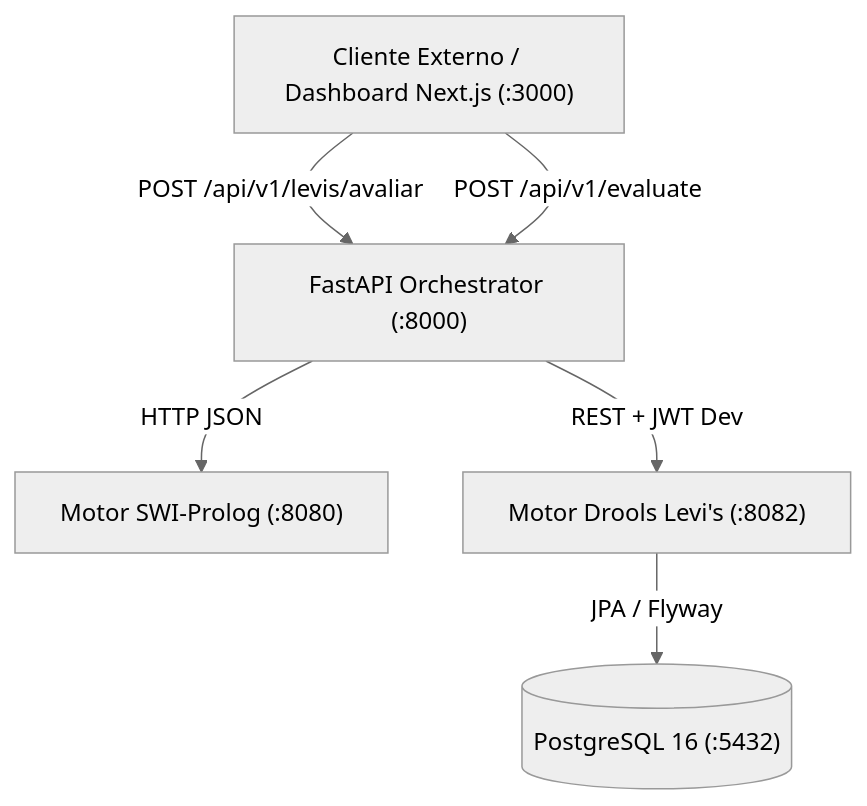
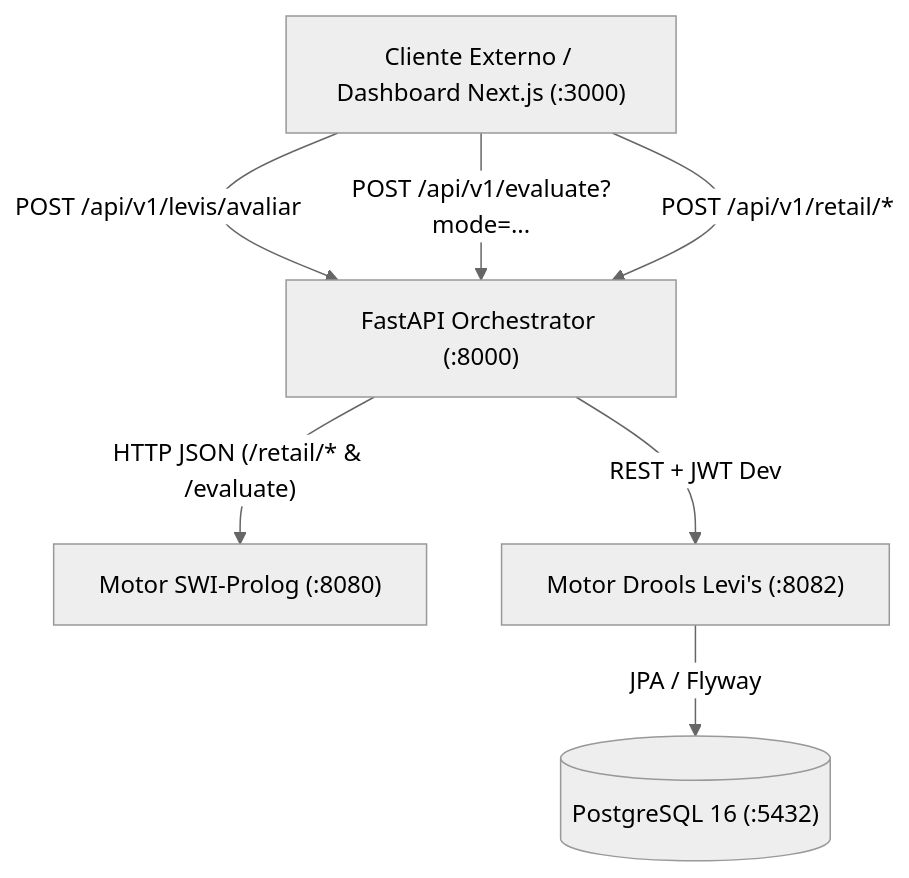
Before and after one commit to Alvaro1940052/meia-equipa3-challenge1-26_27: the diagram in docs/api/orchestrator_api_v1.md, drawn with Mermaid (neutral theme). The commit also changed other lines of this file and 46 other files, not shown here.

Commit message:
feat: add retail prolog inference engine and backend orchestration support

````diff
--- a/docs/api/orchestrator_api_v1.md
+++ b/docs/api/orchestrator_api_v1.md
@@ -12,15 +12,16 @@
 ```mermaid
 flowchart TD
     Client["Cliente Externo / Dashboard Next.js (:3000)"]
     Orch["FastAPI Orchestrator (:8000)"]
     Prolog["Motor SWI-Prolog (:8080)"]
     Drools["Motor Drools Levi's (:8082)"]
     Postgres[("PostgreSQL 16 (:5432)")]
 
-    Client -->|POST /api/v1/levis/avaliar| Orch
-    Client -->|POST /api/v1/evaluate| Orch
+    Client -->|"POST /api/v1/levis/avaliar"| Orch
+    Client -->|"POST /api/v1/evaluate?mode=..."| Orch
+    Client -->|"POST /api/v1/retail/*"| Orch
 
-    Orch -->|HTTP JSON| Prolog
-    Orch -->|REST + JWT Dev| Drools
-    Drools -->|JPA / Flyway| Postgres
+    Orch -->|"HTTP JSON (/retail/* & /evaluate)"| Prolog
+    Orch -->|"REST + JWT Dev"| Drools
+    Drools -->|"JPA / Flyway"| Postgres
 ```
````
